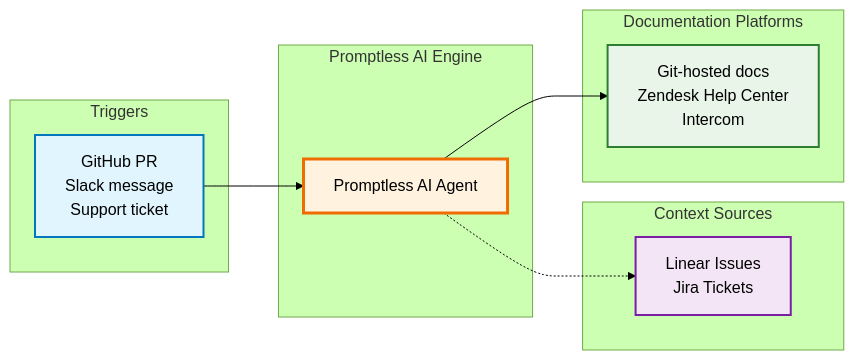
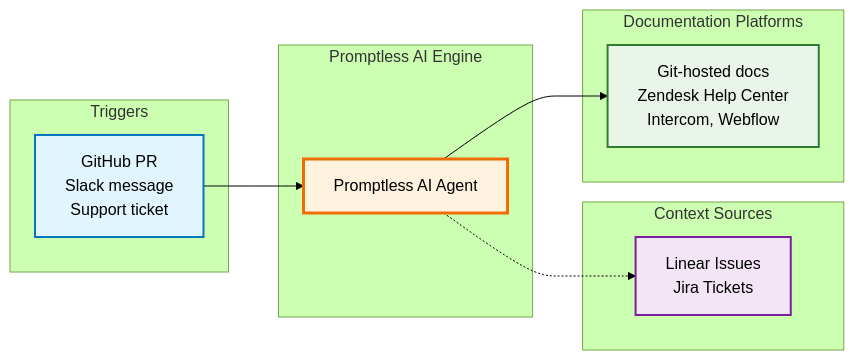
Before and after one commit to Promptless/docs: the diagram in fern/docs/core-concepts.mdx, drawn with Mermaid (forest theme). The commit also changed other lines of this file and 4 other files, not shown here.

````diff
--- a/fern/docs/core-concepts.mdx
+++ b/fern/docs/core-concepts.mdx
@@ -9,40 +9,40 @@
 ```mermaid
 graph LR
     %% Triggers Section
     subgraph "Triggers"
         T1[GitHub PR<br/>Slack message<br/>Support ticket]
     end
 
     %% Promptless Core
     subgraph "Promptless AI Engine"
         AI[Promptless AI Agent]
     end
 
     %% Context Sources Section
     subgraph "Context Sources"
         C1[Linear Issues<br/>Jira Tickets]
     end
 
     %% Documentation Platforms
     subgraph "Documentation Platforms"
-        D1[Git-hosted docs<br/>Zendesk Help Center<br/>Intercom]
+        D1[Git-hosted docs<br/>Zendesk Help Center<br/>Intercom, Webflow]
     end
 
     %% Connections
     T1 --> AI
     
     AI -.-> C1
 
     AI --> D1
 
     %% Styling
     classDef triggerStyle fill:#e1f5fe,stroke:#0277bd,stroke-width:2px,color:#000000
     classDef contextStyle fill:#f3e5f5,stroke:#7b1fa2,stroke-width:2px,color:#000000
     classDef coreStyle fill:#fff3e0,stroke:#ef6c00,stroke-width:3px,color:#000000
     classDef cmsStyle fill:#e8f5e8,stroke:#2e7d32,stroke-width:2px,color:#000000
 
     class T1 triggerStyle
     class C1 contextStyle
     class AI coreStyle
     class D1 cmsStyle
 ```
````
